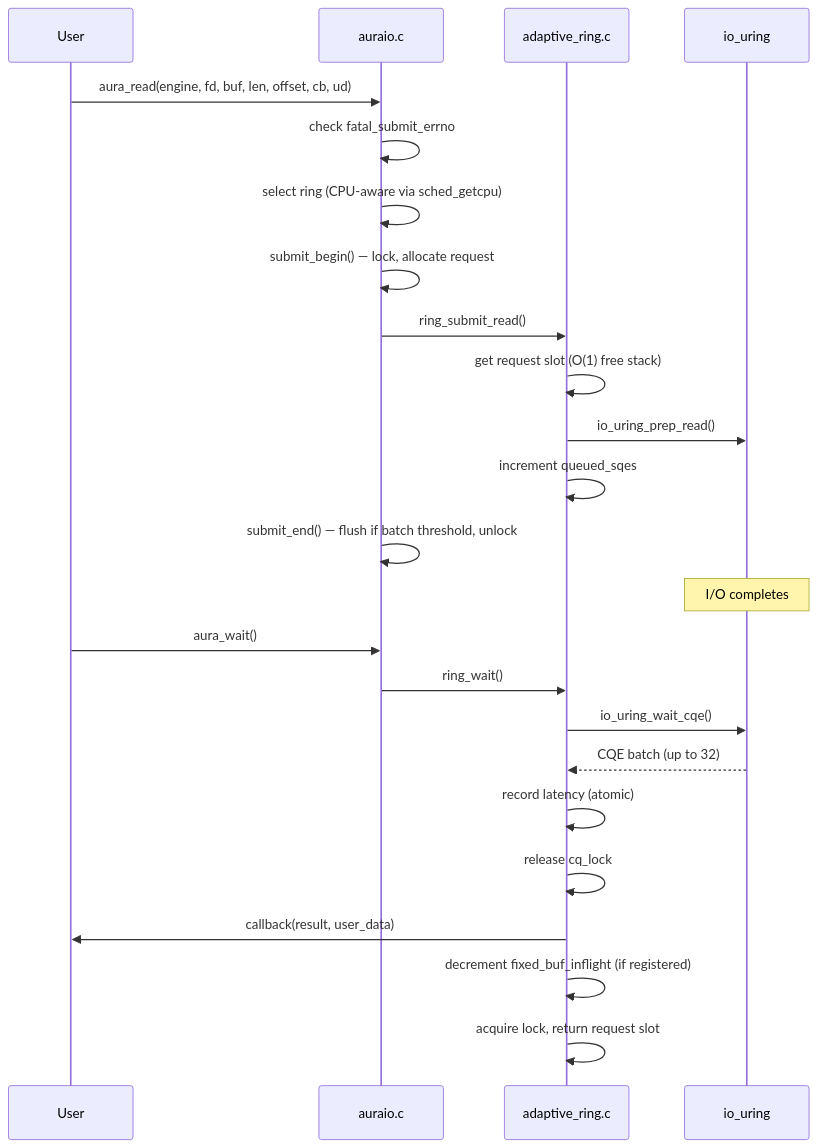
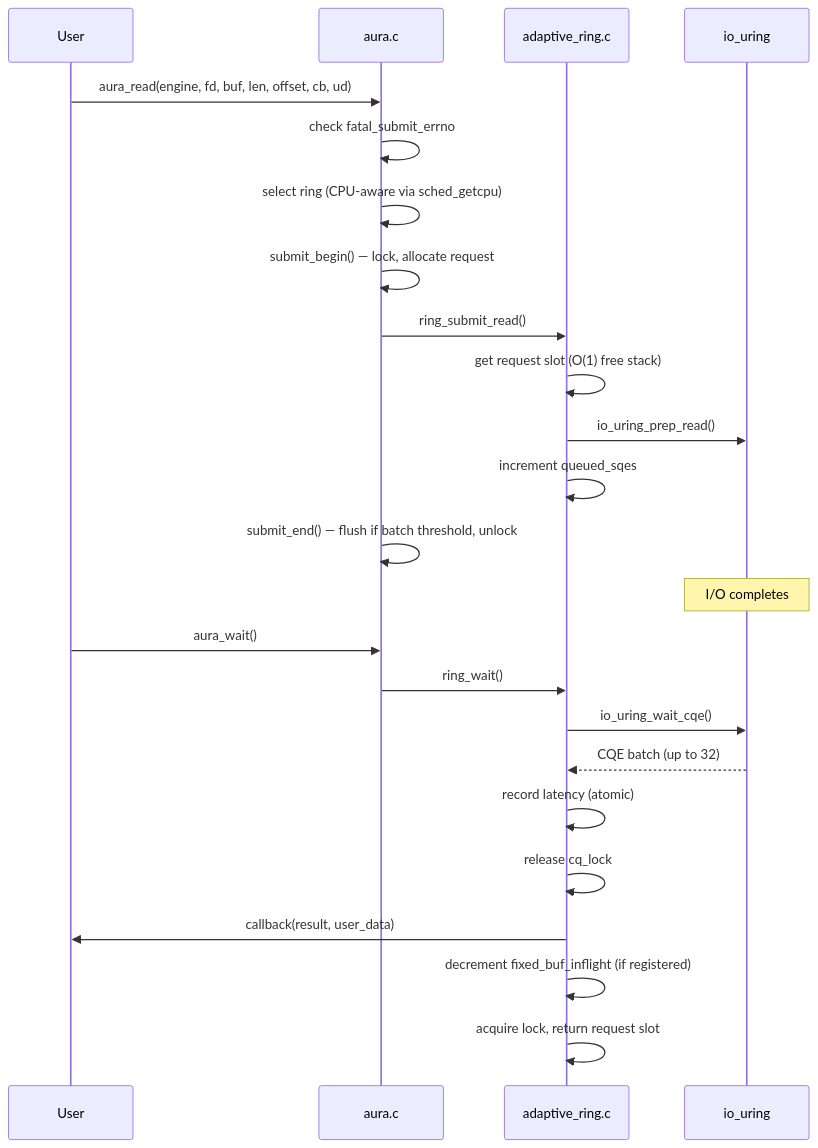
Before and after one commit to Par-B/AuraIO: the second of 5 diagrams in docs/CODEBASE_MAP.md, drawn with Mermaid. The commit also changed other lines of this file and 5 other files, not shown here.

````diff
--- a/docs/CODEBASE_MAP.md
+++ b/docs/CODEBASE_MAP.md
@@ -942,29 +942,29 @@
 ```mermaid
 sequenceDiagram
     participant User
-    participant API as auraio.c
+    participant API as aura.c
     participant Ring as adaptive_ring.c
     participant Kernel as io_uring
 
     User->>API: aura_read(engine, fd, buf, len, offset, cb, ud)
     API->>API: check fatal_submit_errno
     API->>API: select ring (CPU-aware via sched_getcpu)
     API->>API: submit_begin() — lock, allocate request
     API->>Ring: ring_submit_read()
     Ring->>Ring: get request slot (O(1) free stack)
     Ring->>Kernel: io_uring_prep_read()
     Ring->>Ring: increment queued_sqes
     API->>API: submit_end() — flush if batch threshold, unlock
 
     Note over Kernel: I/O completes
 
     User->>API: aura_wait()
     API->>Ring: ring_wait()
     Ring->>Kernel: io_uring_wait_cqe()
     Kernel-->>Ring: CQE batch (up to 32)
     Ring->>Ring: record latency (atomic)
     Ring->>Ring: release cq_lock
     Ring->>User: callback(result, user_data)
     Ring->>Ring: decrement fixed_buf_inflight (if registered)
     Ring->>Ring: acquire lock, return request slot
 ```
````
